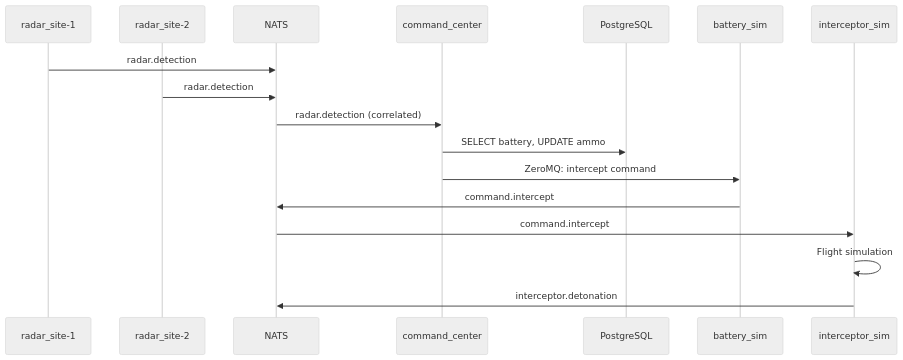
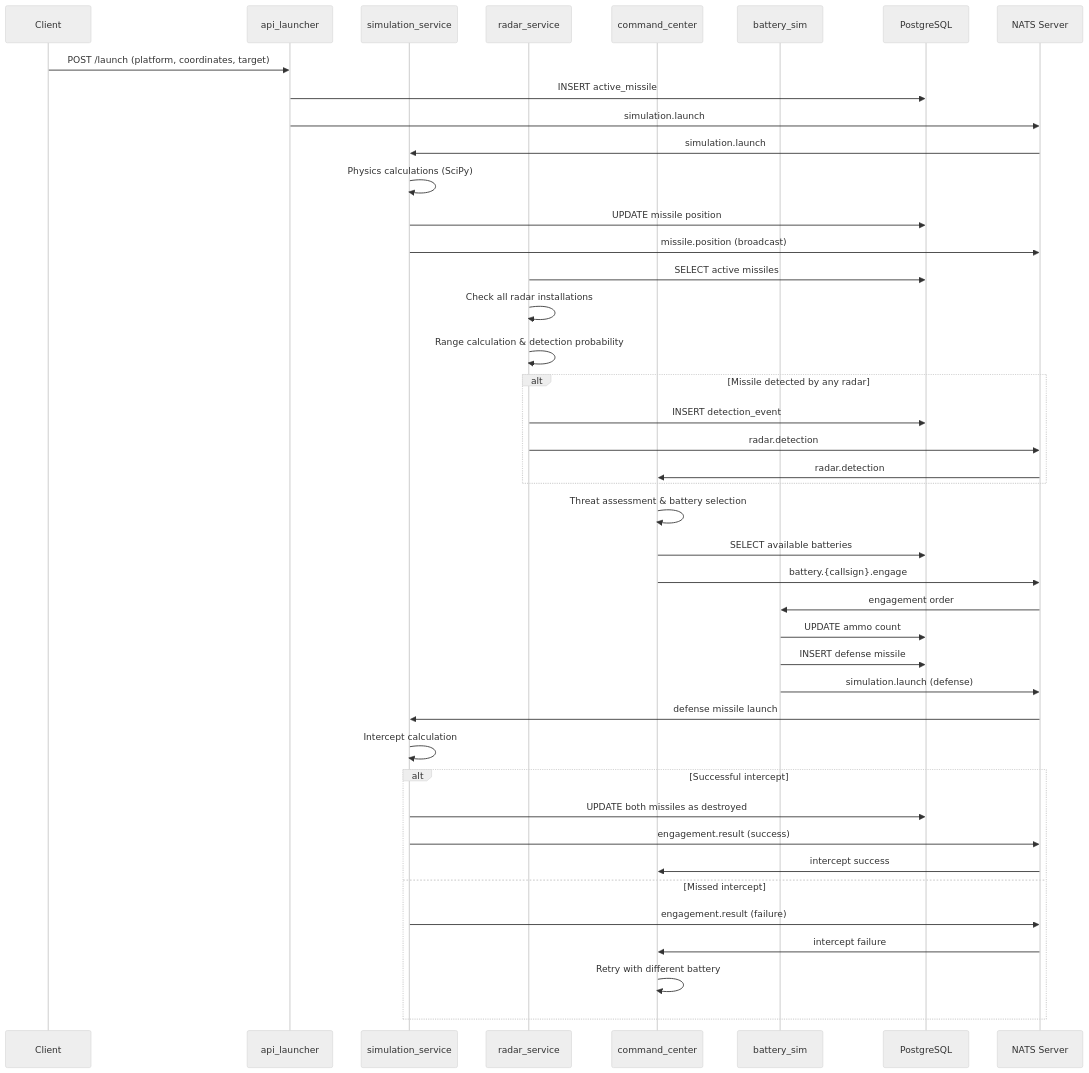
Before and after one commit to will-garrett/missile-defense-sim: the second of 2 diagrams in README.md, drawn with Mermaid (neutral theme). The commit also changed other lines of this file and 22 other files, not shown here.

````diff
--- a/README.md
+++ b/README.md
@@ -149,20 +140,56 @@
 ```mermaid
 sequenceDiagram
-    participant Radar1 as radar_site-1
-    participant Radar2 as radar_site-2
-    participant NATS
+    participant Client
+    participant API as api_launcher
+    participant SS as simulation_service
+    participant RS as radar_service
     participant CC as command_center
+    participant Battery as battery_sim
     participant DB as PostgreSQL
-    participant Battery as battery_sim
-    participant Interceptor as interceptor_sim
+    participant NATS as NATS Server
     
-    Radar1->>NATS: radar.detection
-    Radar2->>NATS: radar.detection
-    NATS->>CC: radar.detection (correlated)
-    CC->>DB: SELECT battery, UPDATE ammo
-    CC->>Battery: ZeroMQ: intercept command
-    Battery->>NATS: command.intercept
-    NATS->>Interceptor: command.intercept
-    Interceptor->>Interceptor: Flight simulation
-    Interceptor->>NATS: interceptor.detonation
+    %% Missile Launch
+    Client->>API: POST /launch (platform, coordinates, target)
+    API->>DB: INSERT active_missile
+    API->>NATS: simulation.launch
+    NATS->>SS: simulation.launch
+    
+    %% Physics Simulation
+    SS->>SS: Physics calculations (SciPy)
+    SS->>DB: UPDATE missile position
+    SS->>NATS: missile.position (broadcast)
+    
+    %% Radar Detection (Multiple Installations)
+    RS->>DB: SELECT active missiles
+    RS->>RS: Check all radar installations
+    RS->>RS: Range calculation & detection probability
+    alt Missile detected by any radar
+        RS->>DB: INSERT detection_event
+        RS->>NATS: radar.detection
+        NATS->>CC: radar.detection
+    end
+    
+    %% Threat Assessment
+    CC->>CC: Threat assessment & battery selection
+    CC->>DB: SELECT available batteries
+    CC->>NATS: battery.{callsign}.engage
+    NATS->>Battery: engagement order
+    
+    %% Counter-Missile Launch
+    Battery->>DB: UPDATE ammo count
+    Battery->>DB: INSERT defense missile
+    Battery->>NATS: simulation.launch (defense)
+    NATS->>SS: defense missile launch
+    
+    %% Intercept Simulation
+    SS->>SS: Intercept calculation
+    alt Successful intercept
+        SS->>DB: UPDATE both missiles as destroyed
+        SS->>NATS: engagement.result (success)
+        NATS->>CC: intercept success
+    else Missed intercept
+        SS->>NATS: engagement.result (failure)
+        NATS->>CC: intercept failure
+        CC->>CC: Retry with different battery
+    end
 ```
````
